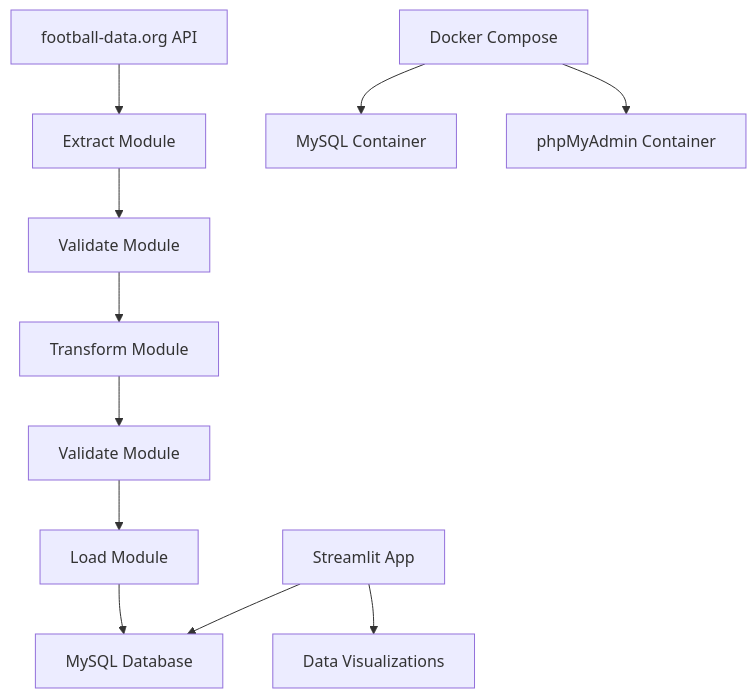
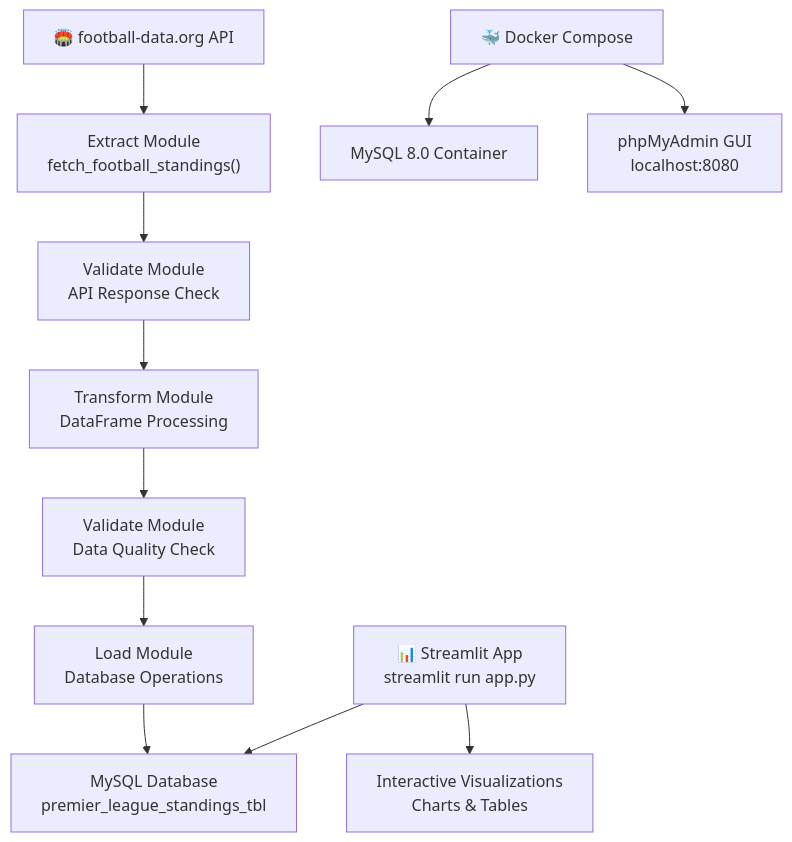
One commit to bidhan017/ETL-pipeline changed the diagram in README.md. Above: the diagram before and after it, drawn with Mermaid. The commit also changed other lines of this file and 4 other files, not shown here.

````diff
--- a/README.md
+++ b/README.md
@@ -7,15 +18,15 @@
 ```mermaid
 graph TD
-    A[football-data.org API] --> B[Extract Module]
-    B --> C[Validate Module]
-    C --> D[Transform Module]
-    D --> E[Validate Module]
-    E --> F[Load Module]
-    F --> G[MySQL Database]
-
-    H[Streamlit App] --> G
-    H --> I[Data Visualizations]
-
-    J[Docker Compose] --> K[MySQL Container]
-    J --> L[phpMyAdmin Container]
+    A["🏟️ football-data.org API"] --> B["Extract Module<br/>fetch_football_standings()"]
+    B --> C["Validate Module<br/>API Response Check"]
+    C --> D["Transform Module<br/>DataFrame Processing"]
+    D --> E["Validate Module<br/>Data Quality Check"]
+    E --> F["Load Module<br/>Database Operations"]
+    F --> G["MySQL Database<br/>premier_league_standings_tbl"]
+    
+    H["📊 Streamlit App<br/>streamlit run app.py"] --> G
+    H --> I["Interactive Visualizations<br/>Charts & Tables"]
+    
+    J["🐳 Docker Compose"] --> K["MySQL 8.0 Container"]
+    J --> L["phpMyAdmin GUI<br/>localhost:8080"]
 ```
````
